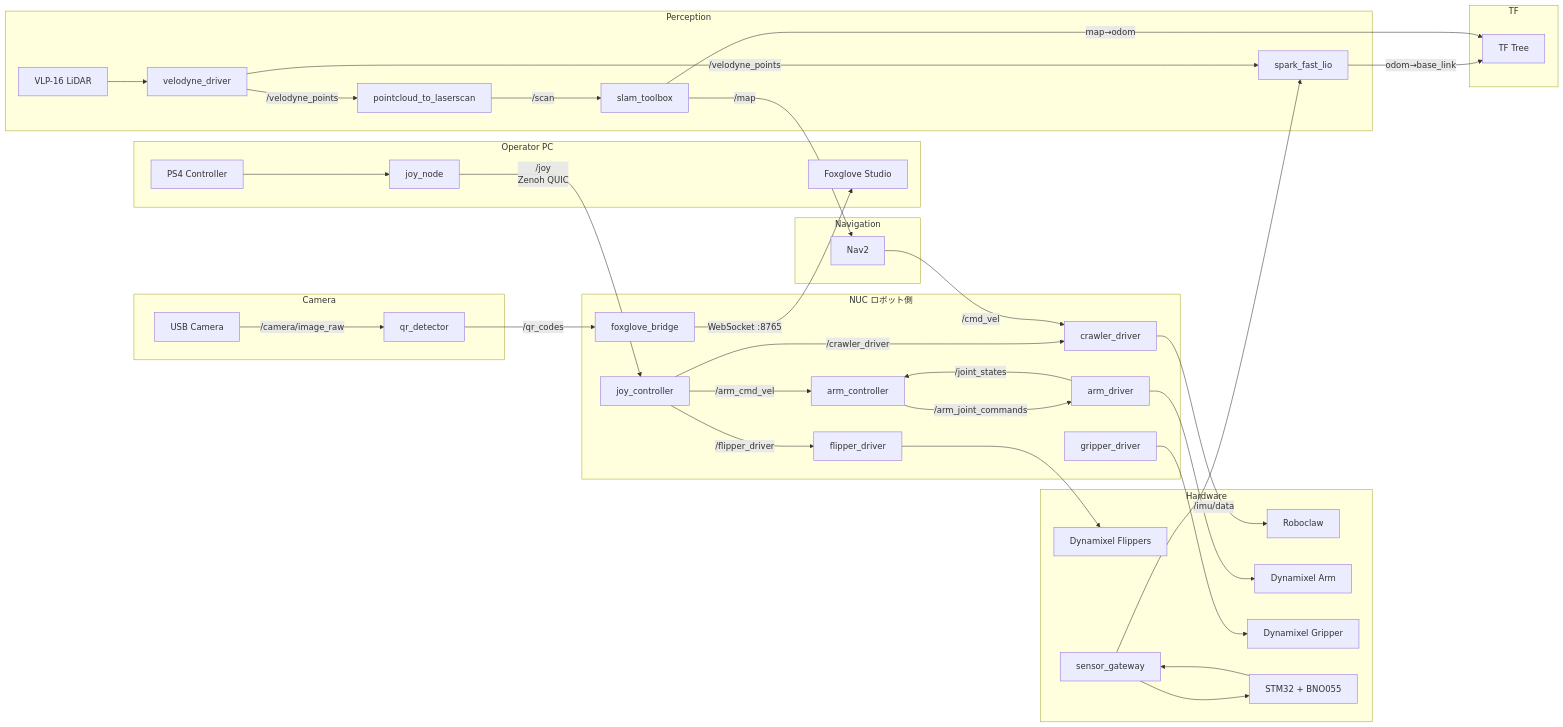
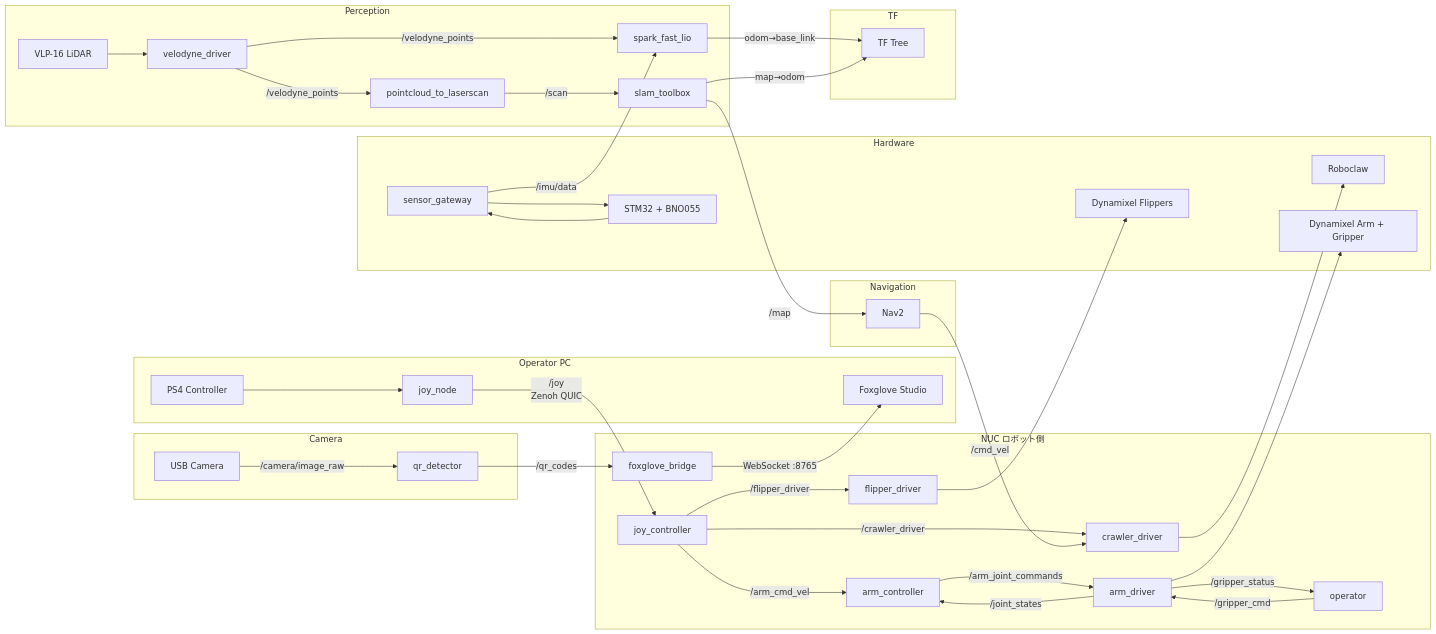
One commit to lazytatzv/rustacean_roborescue changed the diagram in docs/ARCHITECTURE.md. Above: the diagram before and after it, drawn with Mermaid. The commit also changed other lines of this file and 12 other files, not shown here.

````diff
--- a/docs/ARCHITECTURE.md
+++ b/docs/ARCHITECTURE.md
@@ -941,50 +843,50 @@
 ```mermaid
 graph LR
   subgraph Operator PC
     PS4[PS4 Controller] --> joy_node
     Foxglove[Foxglove Studio]
   end
 
   joy_node -->|/joy<br>Zenoh QUIC| joy_controller
   foxglove_bridge -->|WebSocket :8765| Foxglove
 
   subgraph NUC[NUC ロボット側]
     foxglove_bridge[foxglove_bridge]
     joy_controller -->|/crawler_driver| crawler_driver
     joy_controller -->|/flipper_driver| flipper_driver
     joy_controller -->|/arm_cmd_vel| arm_controller
     arm_controller -->|/arm_joint_commands| arm_driver[arm_driver]
     arm_driver -->|/joint_states| arm_controller
-    gripper_driver
+    operator -->|/gripper_cmd| arm_driver
+    arm_driver -->|/gripper_status| operator
   end
 
   subgraph Hardware
     crawler_driver --> Roboclaw
     flipper_driver --> Dynamixel_F[Dynamixel Flippers]
-    arm_driver --> Dynamixel_A[Dynamixel Arm]
-    gripper_driver --> Dynamixel_G[Dynamixel Gripper]
+    arm_driver --> Dynamixel_AG[Dynamixel Arm + Gripper]
     sensor_gateway --> STM32[STM32 + BNO055]
   end
 
   subgraph Perception
     VLP16[VLP-16 LiDAR] --> velodyne_driver -->|/velodyne_points| spark_fast_lio
     STM32 --> sensor_gateway -->|/imu/data| spark_fast_lio
     velodyne_driver -->|/velodyne_points| p2l[pointcloud_to_laserscan]
     p2l -->|/scan| slam_toolbox
   end
 
   subgraph Navigation
     slam_toolbox -->|/map| Nav2
     Nav2 -->|/cmd_vel| crawler_driver
   end
 
   subgraph Camera
     USB_CAM[USB Camera] -->|/camera/image_raw| qr_detector
     qr_detector -->|/qr_codes| foxglove_bridge
   end
 
   subgraph TF
     spark_fast_lio -->|odom→base_link| tf_tree[TF Tree]
     slam_toolbox -->|map→odom| tf_tree
   end
 ```
````
